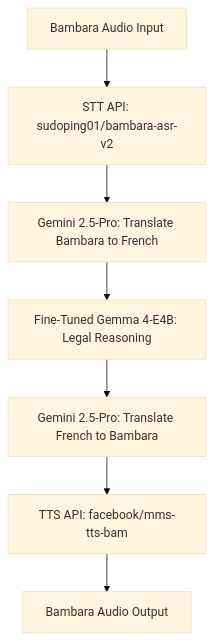
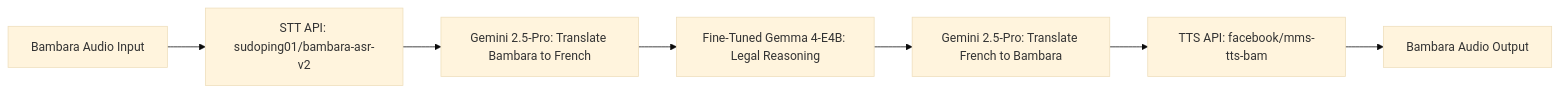
The diagram in README.md (julienawonga/alia-legal-ai), drawn with Mermaid (base theme) before and after one commit.

Commit message:
docs: update mermaid diagram direction and formatting in README

````diff
--- a/README.md
+++ b/README.md
@@ -73,9 +73,9 @@
 ```mermaid
-graph TD
+graph LR
     A[Bambara Audio Input] --> B[STT API: sudoping01/bambara-asr-v2]
-    B --> C[Gemini 2.5-Pro: Translate Bambara to French]
-    C --> F[Fine-Tuned Gemma 4-E4B: Legal Reasoning]
-    F --> G[Gemini 2.5-Pro: Translate French to Bambara]
+    B --> C["Gemini 2.5-Pro: Translate Bambara to French"]
+    C --> F["Fine-Tuned Gemma 4-E4B: Legal Reasoning"]
+    F --> G["Gemini 2.5-Pro: Translate French to Bambara"]
     G --> H[TTS API: facebook/mms-tts-bam]
-    H --> I[Bambara Audio Output]
+    H --> I[Bambara Audio Output];
 ```
````
